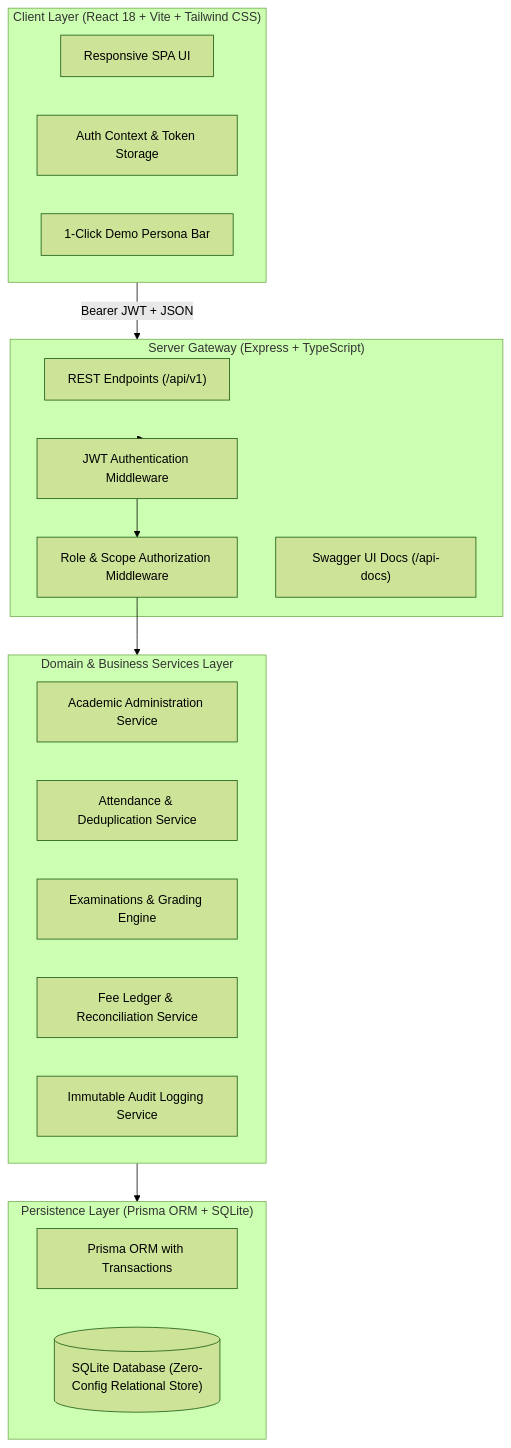
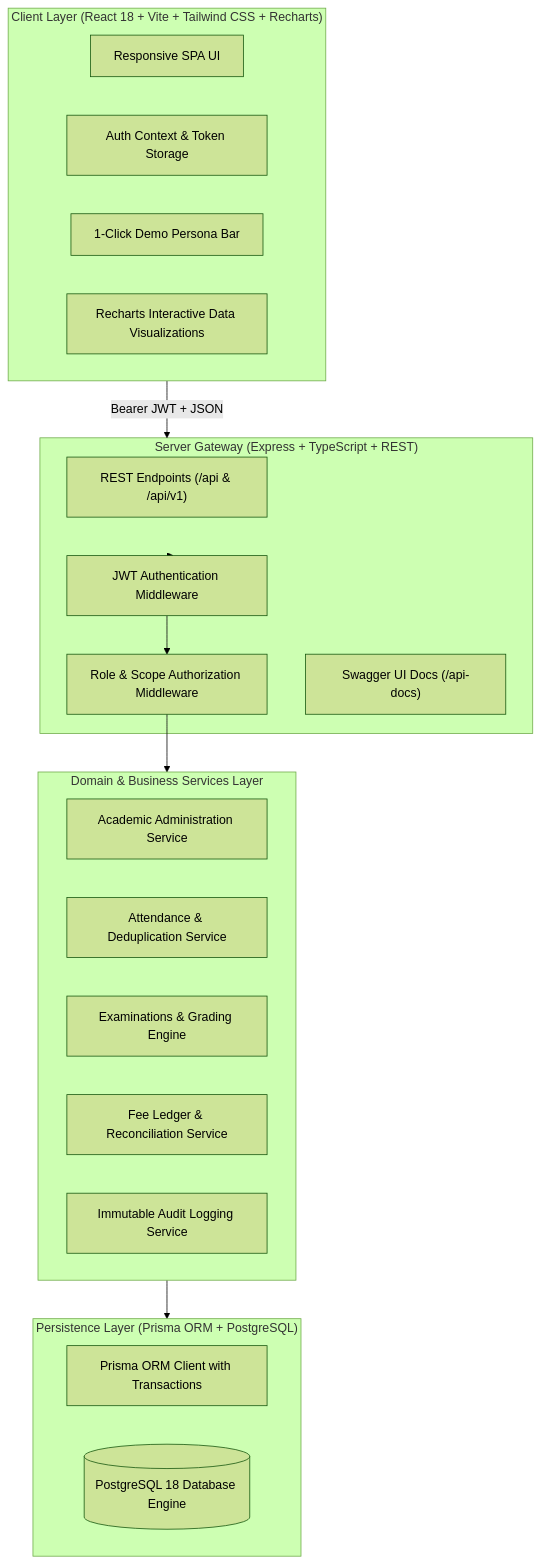
Before and after one commit to Bunty3545/-Algions-School-Management-System-: the diagram in README.md, drawn with Mermaid (forest theme). The commit also changed other lines of this file and 15 other files, not shown here.

Commit message:
feat: complete full-stack school management system with PostgreSQL, Prisma, React, and automated tests

````diff
--- a/README.md
+++ b/README.md
@@ -32,34 +47,35 @@
 ```mermaid
 flowchart TD
-    subgraph Client ["Client Layer (React 18 + Vite + Tailwind CSS)"]
+    subgraph Client ["Client Layer (React 18 + Vite + Tailwind CSS + Recharts)"]
         UI["Responsive SPA UI"]
         AuthCtx["Auth Context & Token Storage"]
         Switcher["1-Click Demo Persona Bar"]
+        Charts["Recharts Interactive Data Visualizations"]
     end
 
-    subgraph API ["Server Gateway (Express + TypeScript)"]
-        Router["REST Endpoints (/api/v1)"]
+    subgraph API ["Server Gateway (Express + TypeScript + REST)"]
+        Router["REST Endpoints (/api & /api/v1)"]
         AuthMW["JWT Authentication Middleware"]
         RBACMW["Role & Scope Authorization Middleware"]
         Swagger["Swagger UI Docs (/api-docs)"]
     end
 
     subgraph Domain ["Domain & Business Services Layer"]
         AcademicSvc["Academic Administration Service"]
         AttendanceSvc["Attendance & Deduplication Service"]
         ExamSvc["Examinations & Grading Engine"]
         FeeSvc["Fee Ledger & Reconciliation Service"]
         AuditSvc["Immutable Audit Logging Service"]
     end
 
-    subgraph Persistence ["Persistence Layer (Prisma ORM + SQLite)"]
-        Prisma["Prisma ORM with Transactions"]
-        DB[("SQLite Database (Zero-Config Relational Store)")]
+    subgraph Persistence ["Persistence Layer (Prisma ORM + PostgreSQL)"]
+        Prisma["Prisma ORM Client with Transactions"]
+        PG[("PostgreSQL 18 Database Engine")]
     end
 
     Client -->|Bearer JWT + JSON| API
     API --> AuthMW
     AuthMW --> RBACMW
     RBACMW --> Domain
     Domain --> Persistence
 ```
````
